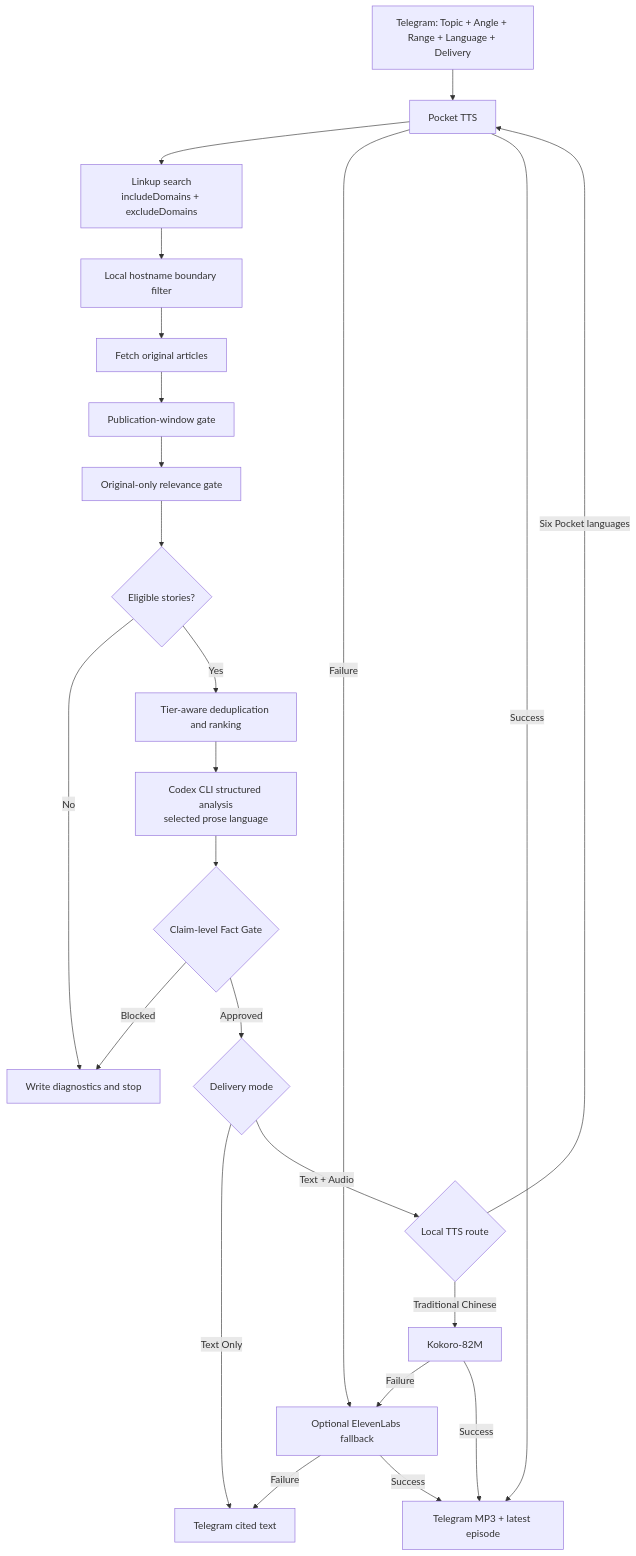
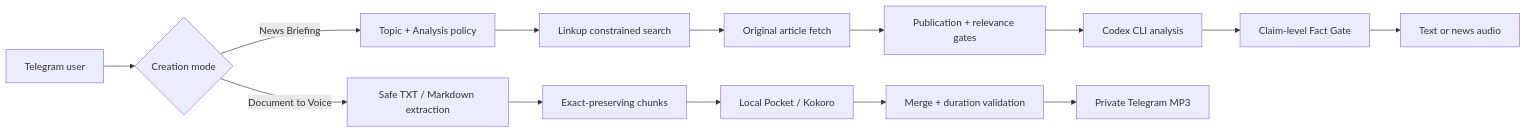
The diagram in README.md (DAVIDshenghuei/Newsroom-Zero), drawn with Mermaid before and after one commit. The commit also changed other lines of this file and 18 other files, not shown here.

Commit message:
feat: add private document-to-voice studio

````diff
--- a/README.md
+++ b/README.md
@@ -88,26 +71,16 @@
 ```mermaid
-flowchart TD
-    U[Telegram: Topic + Angle + Range + Language + Delivery] --> P[Compose validated search policy]
-    P --> L[Linkup search<br/>includeDomains + excludeDomains]
-    L --> H[Local hostname boundary filter]
-    H --> O[Fetch original articles]
-    O --> W[Publication-window gate]
-    W --> R[Original-only relevance gate]
-    R --> Z{Eligible stories?}
-    Z -- No --> D[Write diagnostics and stop]
-    Z -- Yes --> K[Tier-aware deduplication and ranking]
-    K --> C[Codex CLI structured analysis<br/>selected prose language]
-    C --> F{Claim-level Fact Gate}
-    F -- Blocked --> D
-    F -- Approved --> M{Delivery mode}
-    M -- Text Only --> T[Telegram cited text]
-    M -- Text + Audio --> V{Local TTS route}
-    V -- Six Pocket languages --> P[Pocket TTS]
-    V -- Traditional Chinese --> Q[Kokoro-82M]
-    P -- Failure --> E[Optional ElevenLabs fallback]
-    Q -- Failure --> E
-    E -- Failure --> T
-    P -- Success --> A[Telegram MP3 + latest episode]
-    Q -- Success --> A
-    E -- Success --> A
+flowchart LR
+    U[Telegram user] --> M{Creation mode}
+    M -->|News Briefing| P[Topic + Analysis policy]
+    P --> L[Linkup constrained search]
+    L --> O[Original article fetch]
+    O --> G[Publication + relevance gates]
+    G --> C[Codex CLI analysis]
+    C --> F[Claim-level Fact Gate]
+    F --> N[Text or news audio]
+    M -->|Document to Voice| X[Safe TXT / Markdown extraction]
+    X --> V[Exact-preserving chunks]
+    V --> T[Local Pocket / Kokoro]
+    T --> A[Merge + duration validation]
+    A --> D[Private Telegram MP3]
 ```
````
